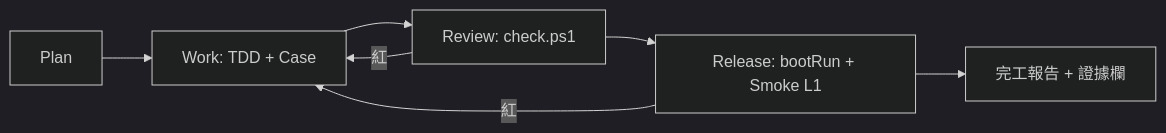
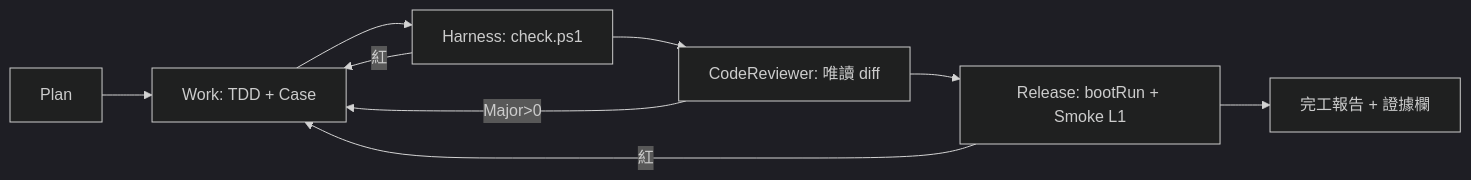
The first of 2 diagrams in docs/graph-routing.md (johnGitHub24/TradingSagaTCC), drawn with Mermaid (dark theme) before and after one commit. The commit also changed other lines of this file, not shown here.

Commit message:
docs：graph-routing 對齊 CodeReviewer 節點（EOS 0.1.18 金樣）。

````diff
--- a/docs/graph-routing.md
+++ b/docs/graph-routing.md
@@ -19,9 +19,11 @@
 ```mermaid
 flowchart LR
   P[Plan] --> W[Work: TDD + Case]
-  W --> R1[Review: check.ps1]
-  R1 -->|紅| W
-  R1 --> S[Release: bootRun + Smoke L1]
+  W --> H[Harness: check.ps1]
+  H -->|紅| W
+  H --> CR[CodeReviewer: 唯讀 diff]
+  CR -->|Major>0| W
+  CR --> S[Release: bootRun + Smoke L1]
   S -->|紅| W
   S --> REP[完工報告 + 證據欄]
 ```
````
